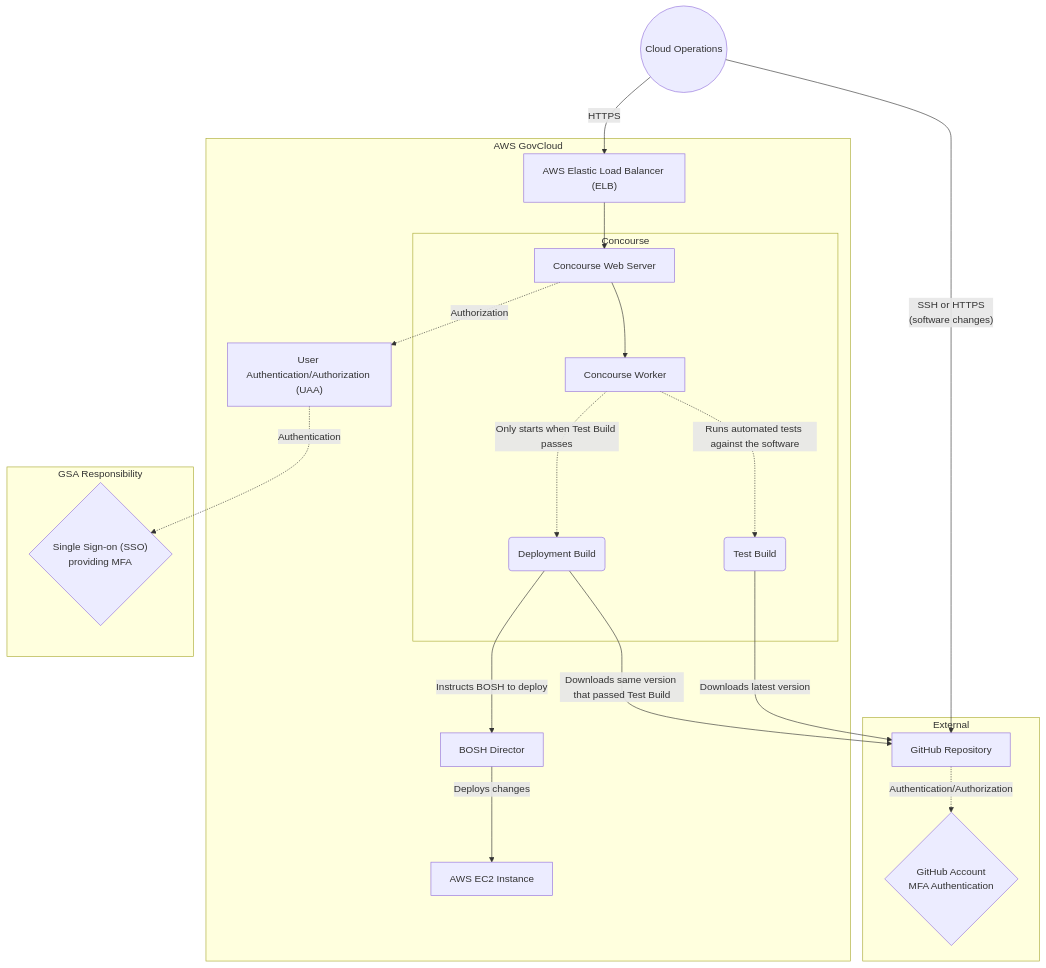
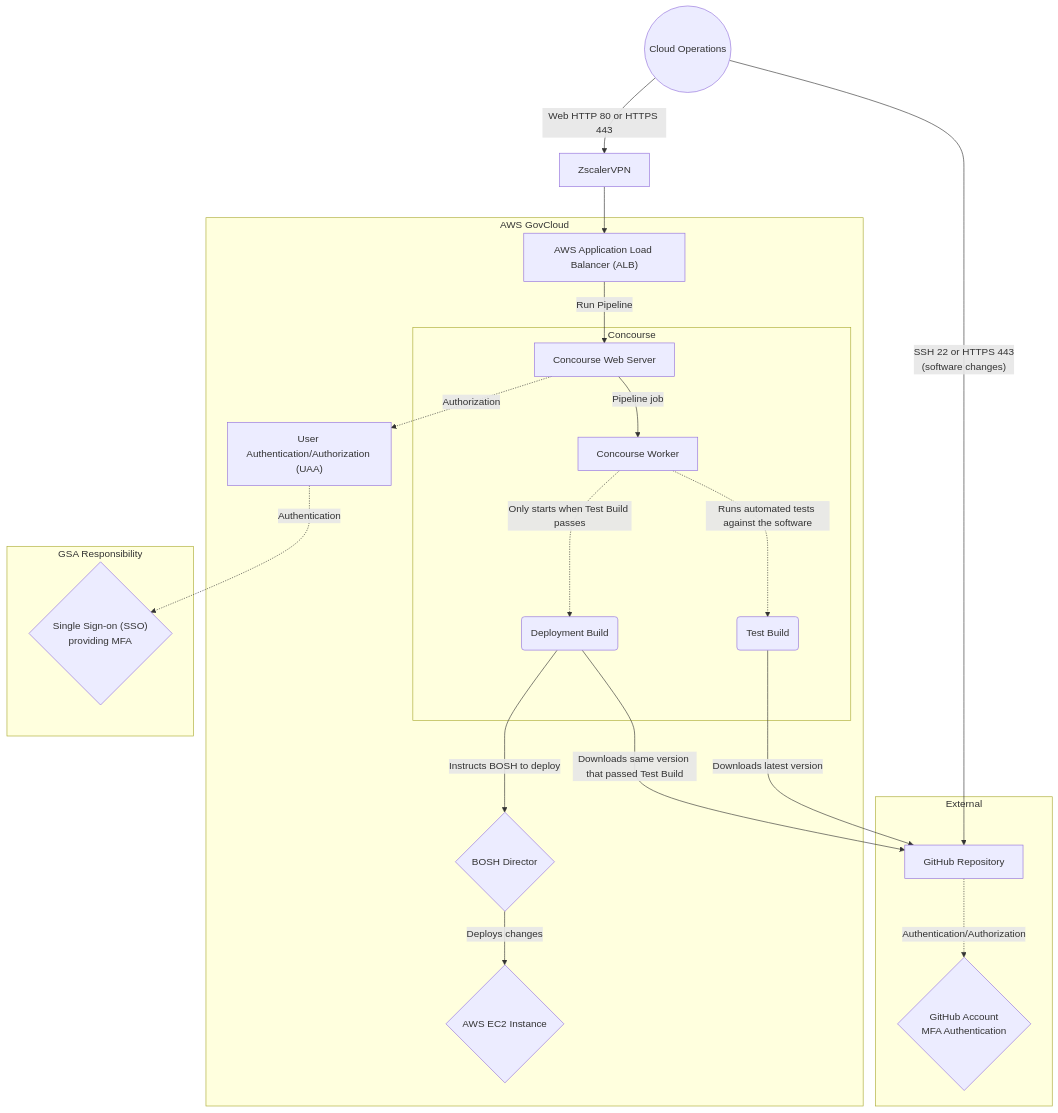
The diagram in source/diagrams/10-4.4-software-deployment.mmd (cloud-gov/system-diagrams), drawn with Mermaid before and after one commit.

Commit message:
CSSS-44 update deployment diagram (#147)
* CSSS-44 update deployment diagram

* added zscaler

```diff
--- a/source/diagrams/10-4.4-software-deployment.mmd
+++ b/source/diagrams/10-4.4-software-deployment.mmd
@@ -1,37 +1,38 @@
 %% title: 10-4.4 Software Deployment Data Flow
 %% description: Section 10 - System Environment - Figure 10-4.3 Software Deployment Data Flow
 graph TD
   subgraph AWS GovCloud
     subgraph Concourse
       web["Concourse Web Server"]
       worker["Concourse Worker"]
       test-job("Test Build")
       deploy-job("Deployment Build")
     end
-    elb["AWS Elastic Load Balancer (ELB)"]
+    alb["AWS Application Load Balancer (ALB)"]
     UAA["User Authentication/Authorization (UAA)"]
-    bosh["BOSH Director"]
-    ec2["AWS EC2 Instance"]
+    bosh{"BOSH Director"}
+    ec2{"AWS EC2 Instance"}
   end
   subgraph External
     github["GitHub Repository"]
     github-auth{"GitHub Account<br>MFA Authentication"}
   end
   subgraph GSA Responsibility
     SAML{"Single Sign-on (SSO)<br>providing MFA"}
   end
   Ops((Cloud Operations))
+  Zscaler["ZscalerVPN"]
 
-  Ops--"SSH or HTTPS<br>(software changes)"-->github
-  Ops--HTTPS-->elb
-  elb-->web
-  web-->worker
+  Ops--"SSH 22 or HTTPS 443<br>(software changes)"-->github
+  Ops--Web HTTP 80 or HTTPS 443-->Zscaler-->alb
+  alb--Run Pipeline-->web
+  web--Pipeline job-->worker
   web-.Authorization.->UAA
   UAA-.Authentication.->SAML
   github-."Authentication/Authorization".->github-auth
   worker-.Runs automated tests against the software.->test-job
   worker-."Only starts when Test Build passes".->deploy-job
   test-job--Downloads latest version-->github
   deploy-job--Downloads same version that passed Test Build-->github
   deploy-job--Instructs BOSH to deploy-->bosh
   bosh--Deploys changes-->ec2
```
